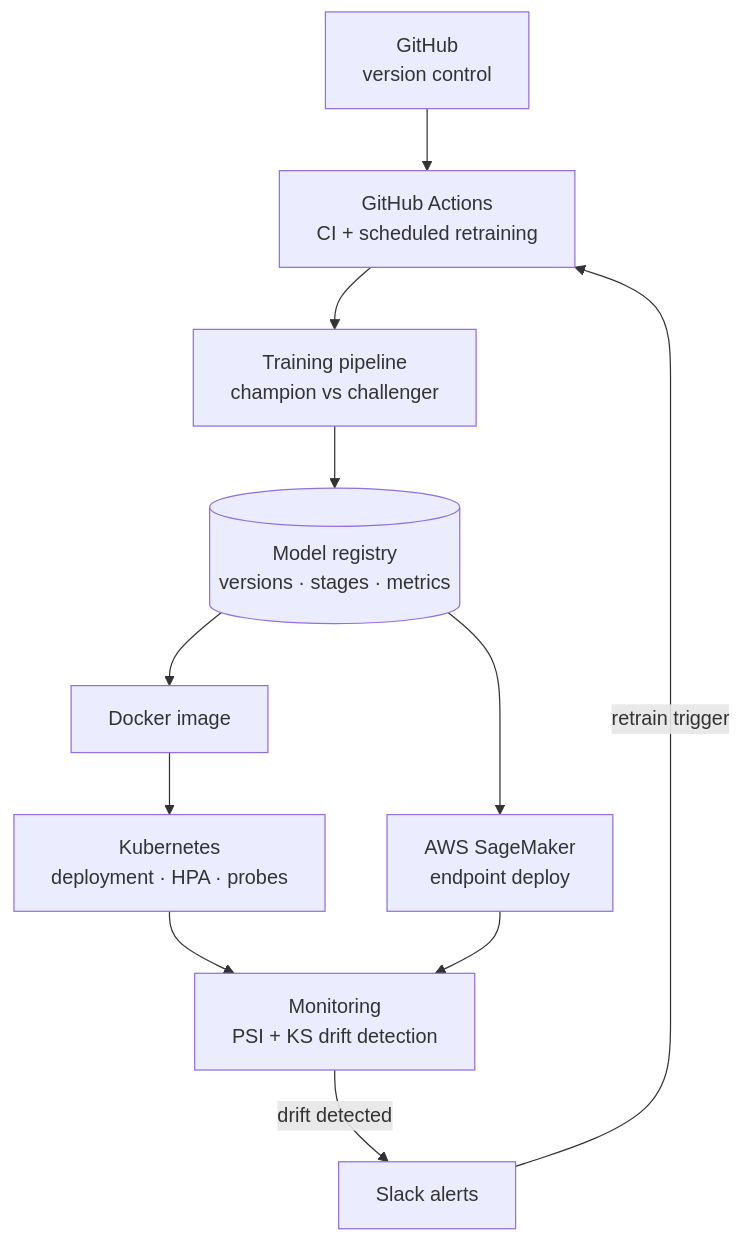
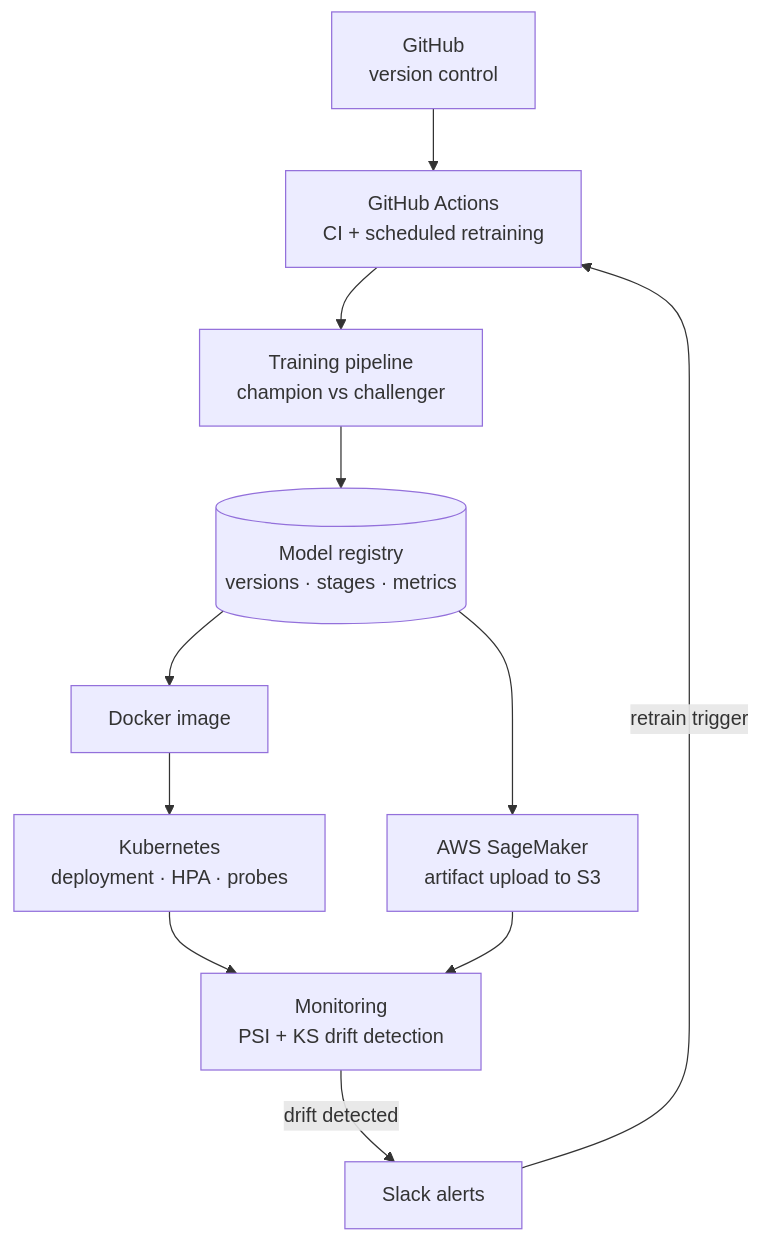
Before and after one commit to saianthireddy/enterprise-mlops-platform: the diagram in README.md, drawn with Mermaid. The commit also changed other lines of this file, not shown here.

Commit message:
Fix overstated SageMaker deployment claim
SageMakerDeployer only uploads the production artifact to S3 (deployer.py) — it never calls a SageMaker endpoint-creation API. The intro line and architecture diagram said "monitored production endpoint" / "endpoint deploy", which overstated what the adapter does. The "Deploy anywhere" bullet already described this accurately; the other two mentions now match it.

````diff
--- a/README.md
+++ b/README.md
@@ -9,13 +9,13 @@
 ```mermaid
 flowchart TB
     GH["GitHub<br/>version control"] --> GA["GitHub Actions<br/>CI + scheduled retraining"]
     GA --> TP["Training pipeline<br/>champion vs challenger"]
     TP --> REG[("Model registry<br/>versions · stages · metrics")]
     REG --> DOCKER["Docker image"]
     DOCKER --> K8S["Kubernetes<br/>deployment · HPA · probes"]
-    REG --> SM["AWS SageMaker<br/>endpoint deploy"]
+    REG --> SM["AWS SageMaker<br/>artifact upload to S3"]
     K8S --> MON["Monitoring<br/>PSI + KS drift detection"]
     SM --> MON
     MON -->|drift detected| ALERT["Slack alerts"]
     ALERT -->|retrain trigger| GA
 ```
````
